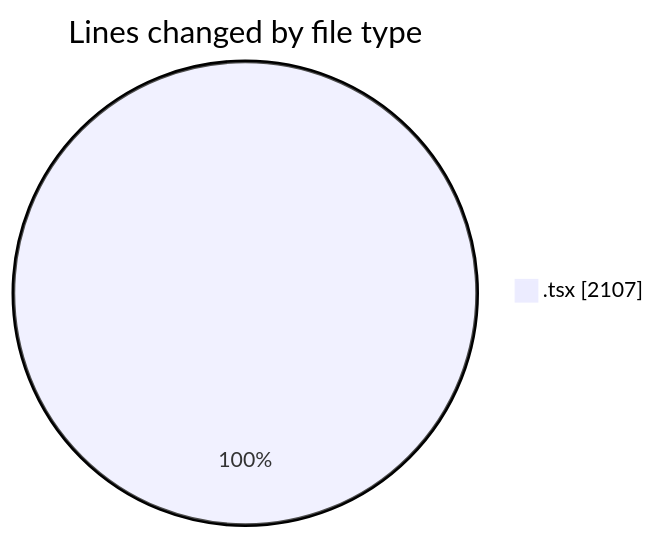
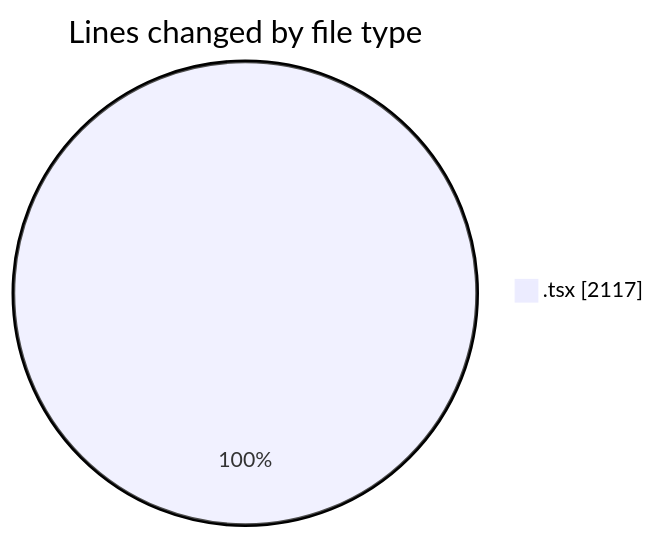
The first of 2 diagrams in 2025-06-12/cda/README.md (momahboobian/code-tracking), drawn with Mermaid before and after one commit. The commit also changed other lines of this file and 1 other file, not shown here.

````diff
--- a/2025-06-12/cda/README.md
+++ b/2025-06-12/cda/README.md
@@ -23,5 +23,5 @@
 ```mermaid
 pie showData
 title Lines changed by file type
-".tsx" : 2107
+".tsx" : 2117
 ```
````
